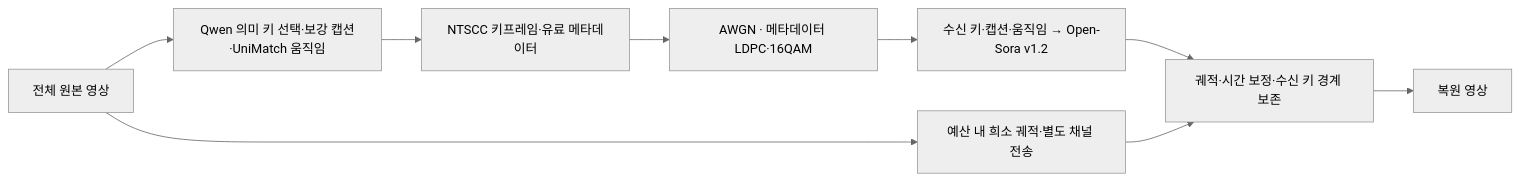
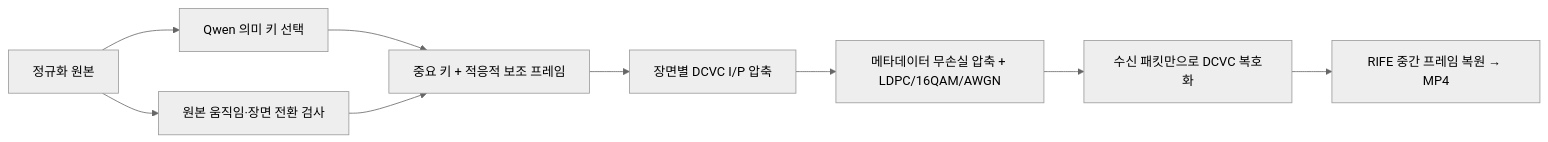
The diagram in README.md (SangukBae/semantic_transmission), drawn with Mermaid (neutral theme) before and after one commit. The commit also changed other lines of this file and 6 other files, not shown here.

````diff
--- a/README.md
+++ b/README.md
@@ -11,11 +7,11 @@
 ```mermaid
 flowchart LR
-    V[전체 원본 영상] --> A[Qwen 의미 키 선택·보강 캡션·UniMatch 움직임]
-    A --> T[NTSCC 키프레임·유료 메타데이터]
-    T --> W[AWGN · 메타데이터 LDPC·16QAM]
-    W --> D[수신 키·캡션·움직임 → Open-Sora v1.2]
-    V --> P[예산 내 희소 궤적·별도 채널 전송]
-    D --> R[궤적·시간 보정·수신 키 경계 보존]
-    P --> R
-    R --> O[복원 영상]
+    V[정규화 원본] --> Q[Qwen 의미 키 선택]
+    V --> A[원본 움직임·장면 전환 검사]
+    Q --> K[중요 키 + 적응적 보조 프레임]
+    A --> K
+    K --> C[장면별 DCVC I/P 압축]
+    C --> T[메타데이터 무손실 압축 + LDPC/16QAM/AWGN]
+    T --> D[수신 패킷만으로 DCVC 복호화]
+    D --> R[RIFE 중간 프레임 복원 → MP4]
 ```
````
